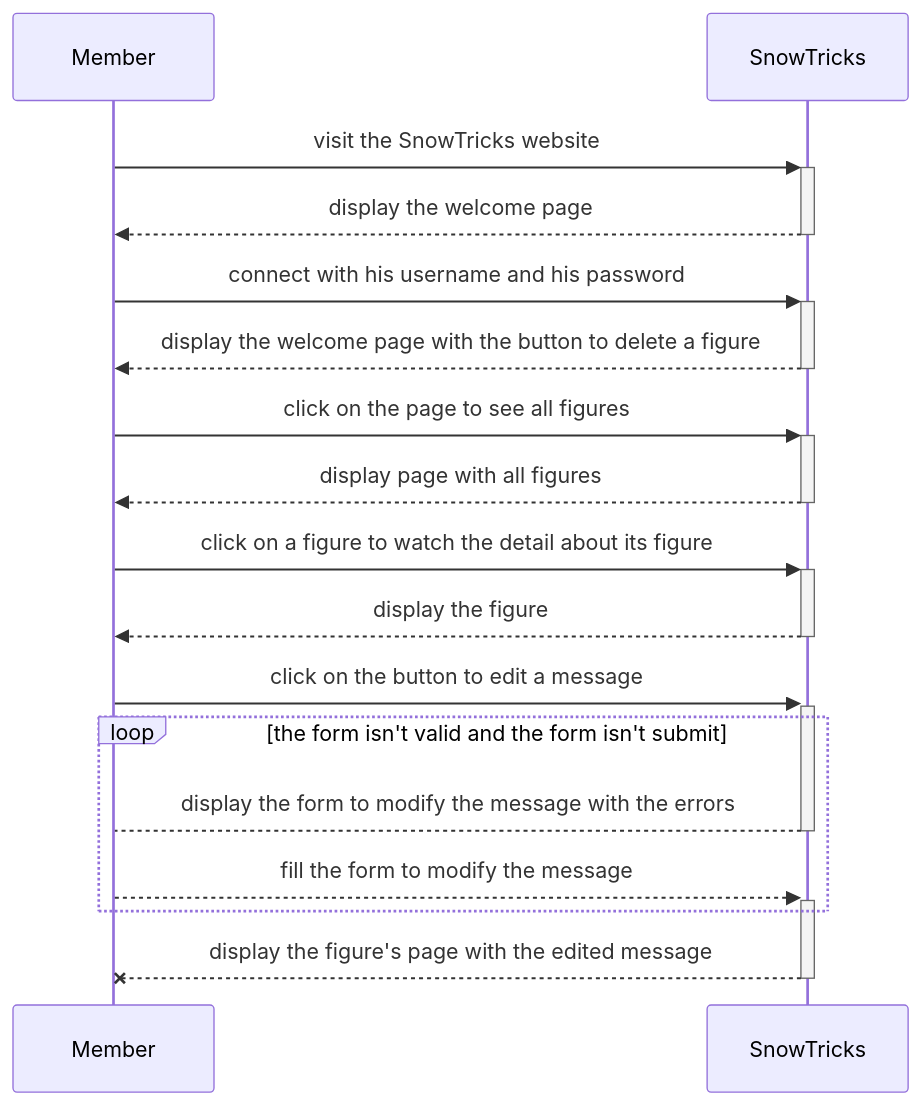
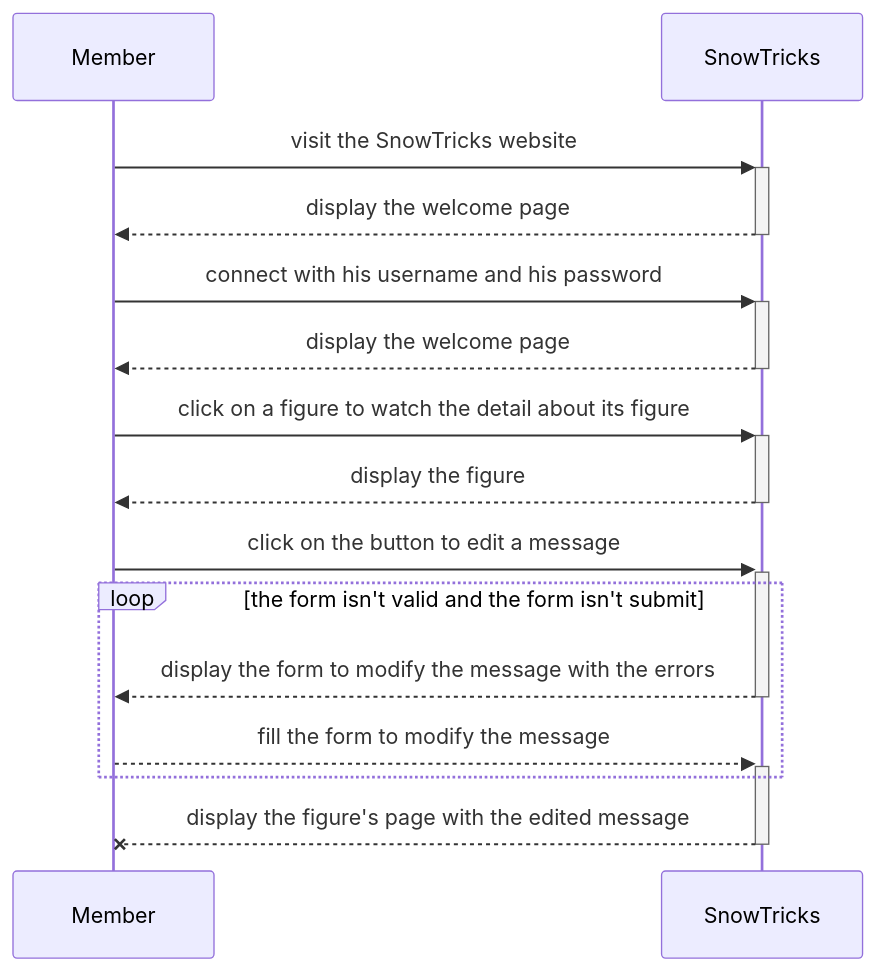
One commit to GabrielSAPONARA/SnowTricks changed the diagram in umlDiagrams/sequenceDiagrams/messageSequenceDiagrams/modifyMessageSequenceDiagram.mmd. Above: the diagram before and after it, drawn with Mermaid. The commit also changed 10 other files, not shown here.

Commit message:
closes #3, closes #4, closes #14; :wrench: finish sequence, use case and class diagrams

```diff
--- a/umlDiagrams/sequenceDiagrams/messageSequenceDiagrams/modifyMessageSequenceDiagram.mmd
+++ b/umlDiagrams/sequenceDiagrams/messageSequenceDiagrams/modifyMessageSequenceDiagram.mmd
@@ -1,15 +1,13 @@
 sequenceDiagram
     Member->>+SnowTricks: visit the SnowTricks website
     SnowTricks-->>-Member: display the welcome page
     Member->>+SnowTricks: connect with his username and his password
-    SnowTricks-->>-Member: display the welcome page with the button to delete a figure
-    Member->>+SnowTricks: click on the page to see all figures
-    SnowTricks-->>-Member: display page with all figures
+    SnowTricks-->>-Member: display the welcome page
     Member->>+SnowTricks: click on a figure to watch the detail about its figure
     SnowTricks -->>- Member: display the figure
     Member ->>+ SnowTricks : click on the button to edit a message
     loop the form isn't valid and the form isn't submit
-        SnowTricks -->- Member : display the form to modify the message with the errors
+        SnowTricks -->>- Member : display the form to modify the message with the errors
         Member -->>+ SnowTricks : fill the form to modify the message
     end
     SnowTricks --x- Member : display the figure's page with the edited message
```
